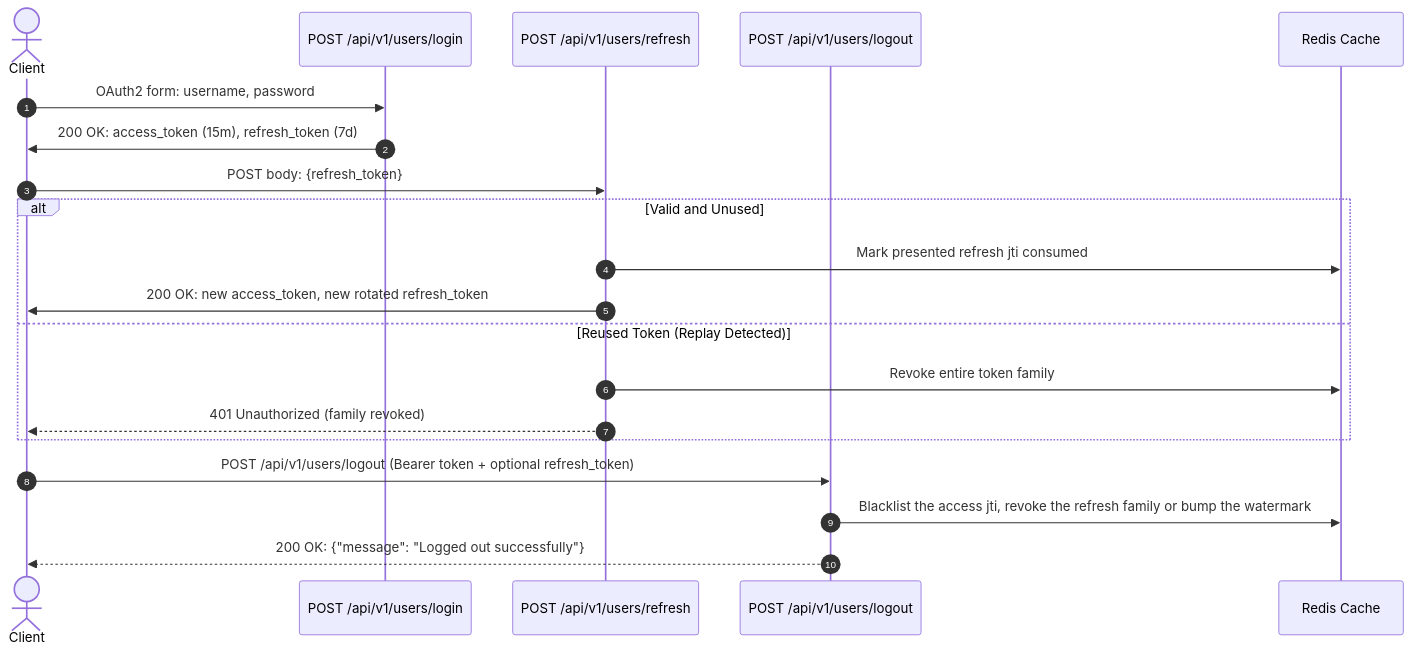
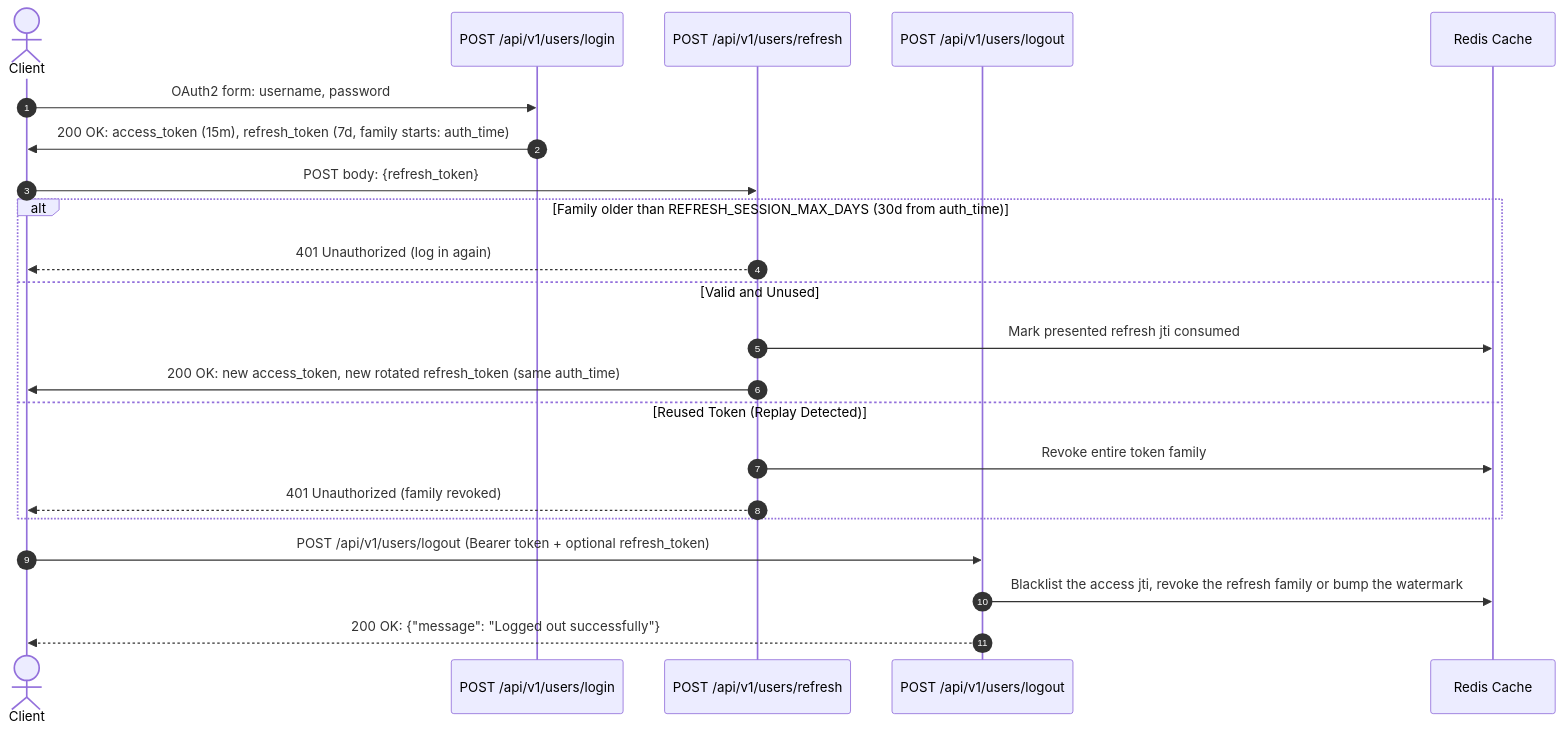
One commit to nadeko0/fastapi_e-commerce_backend changed the first of 2 diagrams in docs/API.md. Above: the diagram before and after it, drawn with Mermaid. The commit also changed other lines of this file and 6 other files, not shown here.

First line of the commit message:
docs: verify diagrams and prose against the 6.0.0 code

````diff
--- a/docs/API.md
+++ b/docs/API.md
@@ -27,23 +27,25 @@
 ```mermaid
 sequenceDiagram
     autonumber
     actor Client
     participant Auth as POST /api/v1/users/login
     participant Refresh as POST /api/v1/users/refresh
     participant Logout as POST /api/v1/users/logout
     participant Redis as Redis Cache
 
     Client->>Auth: OAuth2 form: username, password
-    Auth->>Client: 200 OK: access_token (15m), refresh_token (7d)
+    Auth->>Client: 200 OK: access_token (15m), refresh_token (7d, family starts: auth_time)
     Client->>Refresh: POST body: {refresh_token}
-    alt Valid and Unused
+    alt Family older than REFRESH_SESSION_MAX_DAYS (30d from auth_time)
+        Refresh-->>Client: 401 Unauthorized (log in again)
+    else Valid and Unused
         Refresh->>Redis: Mark presented refresh jti consumed
-        Refresh->>Client: 200 OK: new access_token, new rotated refresh_token
+        Refresh->>Client: 200 OK: new access_token, new rotated refresh_token (same auth_time)
     else Reused Token (Replay Detected)
         Refresh->>Redis: Revoke entire token family
         Refresh-->>Client: 401 Unauthorized (family revoked)
     end
     Client->>Logout: POST /api/v1/users/logout (Bearer token + optional refresh_token)
     Logout->>Redis: Blacklist the access jti, revoke the refresh family or bump the watermark
     Logout-->>Client: 200 OK: {"message": "Logged out successfully"}
 ```
````
